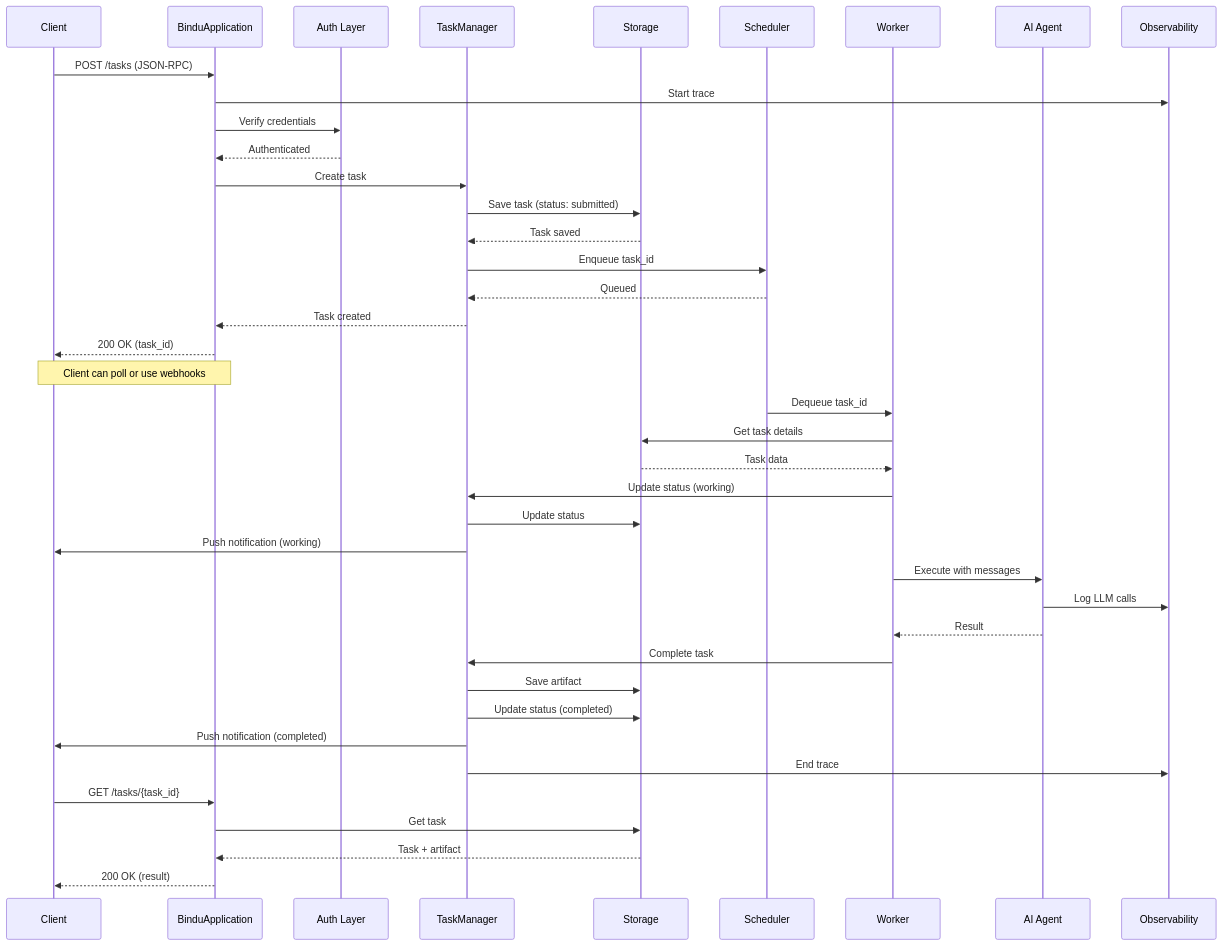
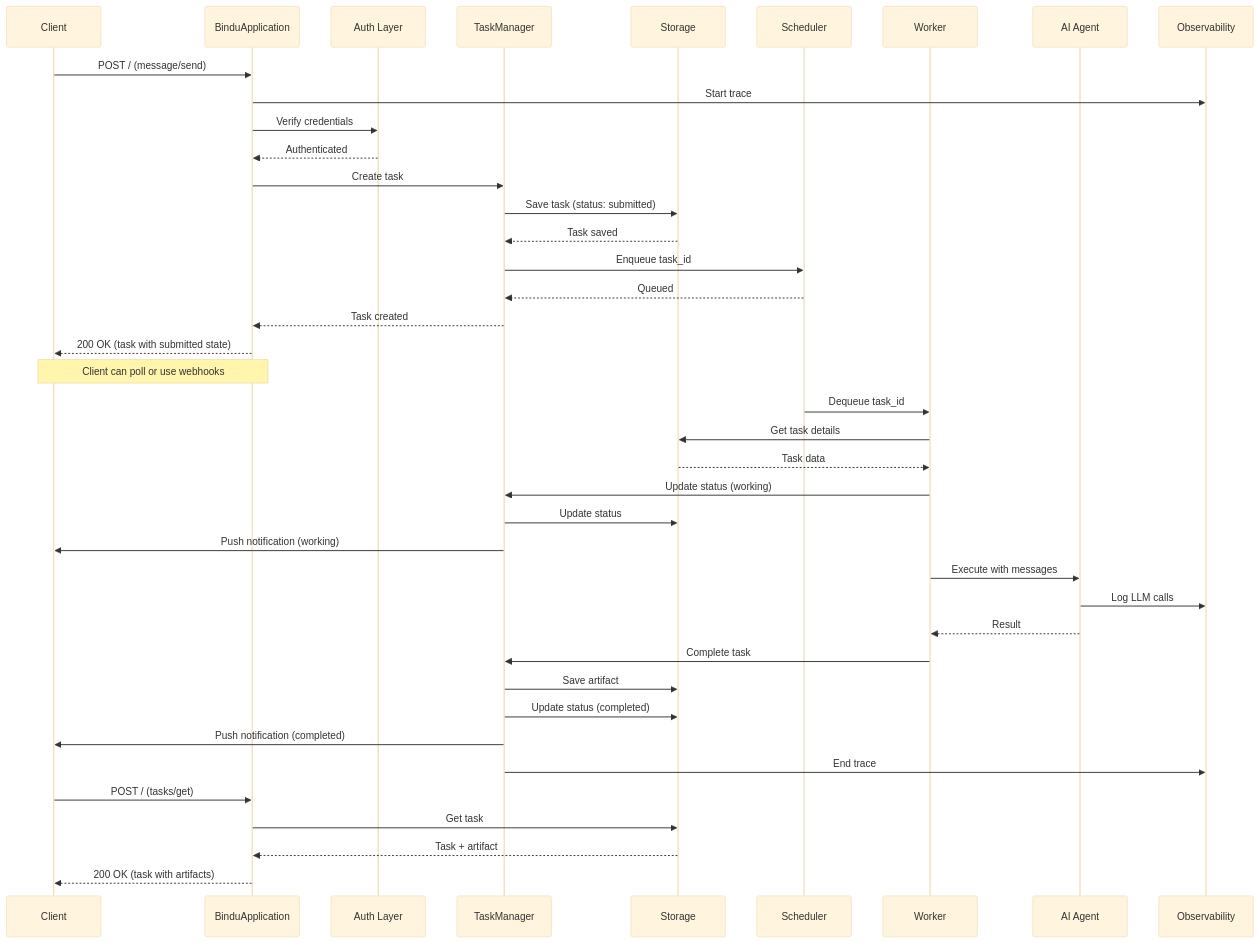
One commit to raahulrahl/docs changed the second of 2 diagrams in bindu/concepts/architecture.mdx. Above: the diagram before and after it, drawn with Mermaid. The commit also changed other lines of this file and 13 other files, not shown here.

First line of the commit message:
feat: update API port and enhance architecture documentation

````diff
--- a/bindu/concepts/architecture.mdx
+++ b/bindu/concepts/architecture.mdx
@@ -581,49 +193,50 @@
 ```mermaid
+%%{init: {'theme':'base', 'themeVariables': { 'fontSize':'11px'}}}%%
 sequenceDiagram
     participant Client
     participant Server as BinduApplication
     participant Auth as Auth Layer
     participant Manager as TaskManager
     participant Storage as Storage
     participant Queue as Scheduler
     participant Worker as Worker
     participant Agent as AI Agent
     participant Obs as Observability
     
-    Client->>Server: POST /tasks (JSON-RPC)
+    Client->>Server: POST / (message/send)
     Server->>Obs: Start trace
     Server->>Auth: Verify credentials
     Auth-->>Server: Authenticated
     
     Server->>Manager: Create task
     Manager->>Storage: Save task (status: submitted)
     Storage-->>Manager: Task saved
     Manager->>Queue: Enqueue task_id
     Queue-->>Manager: Queued
     Manager-->>Server: Task created
-    Server-->>Client: 200 OK (task_id)
+    Server-->>Client: 200 OK (task with submitted state)
     
     Note over Client,Server: Client can poll or use webhooks
     
     Queue->>Worker: Dequeue task_id
     Worker->>Storage: Get task details
     Storage-->>Worker: Task data
     Worker->>Manager: Update status (working)
     Manager->>Storage: Update status
     Manager->>Client: Push notification (working)
     
     Worker->>Agent: Execute with messages
     Agent->>Obs: Log LLM calls
     Agent-->>Worker: Result
     
     Worker->>Manager: Complete task
     Manager->>Storage: Save artifact
     Manager->>Storage: Update status (completed)
     Manager->>Client: Push notification (completed)
     Manager->>Obs: End trace
     
-    Client->>Server: GET /tasks/{task_id}
+    Client->>Server: POST / (tasks/get)
     Server->>Storage: Get task
     Storage-->>Server: Task + artifact
-    Server-->>Client: 200 OK (result)
+    Server-->>Client: 200 OK (task with artifacts)
 ```
````
